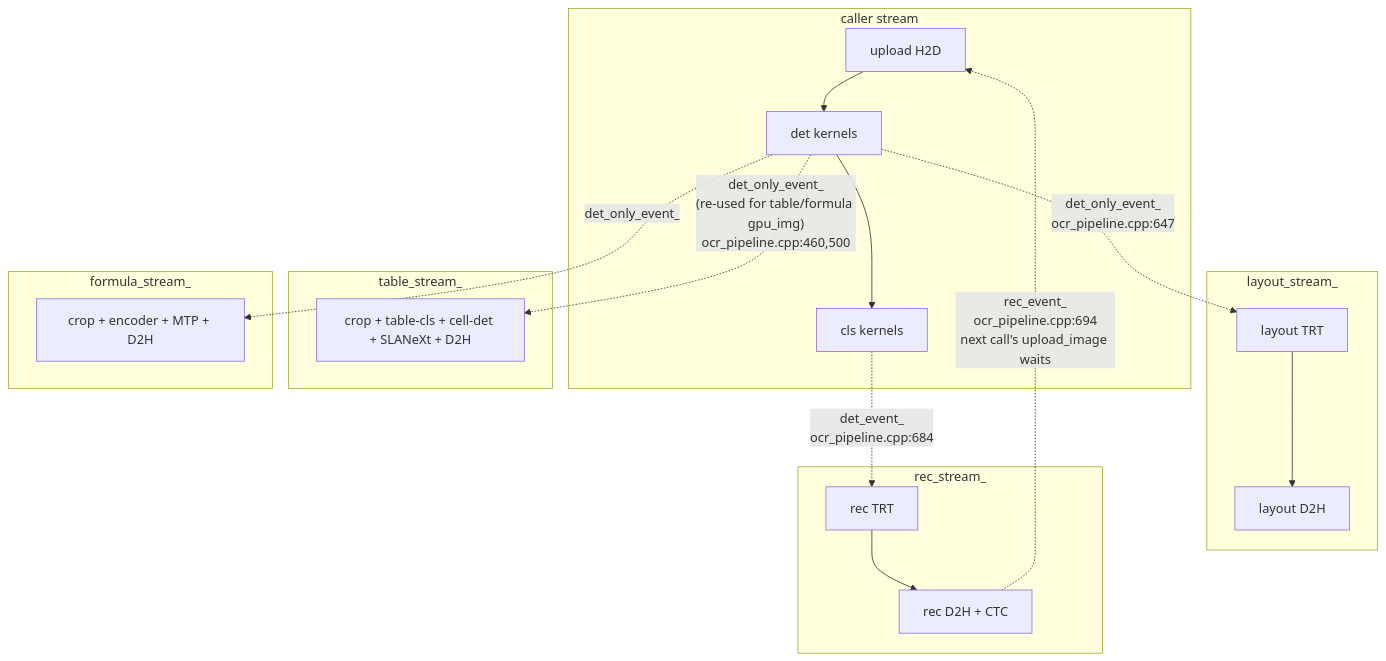
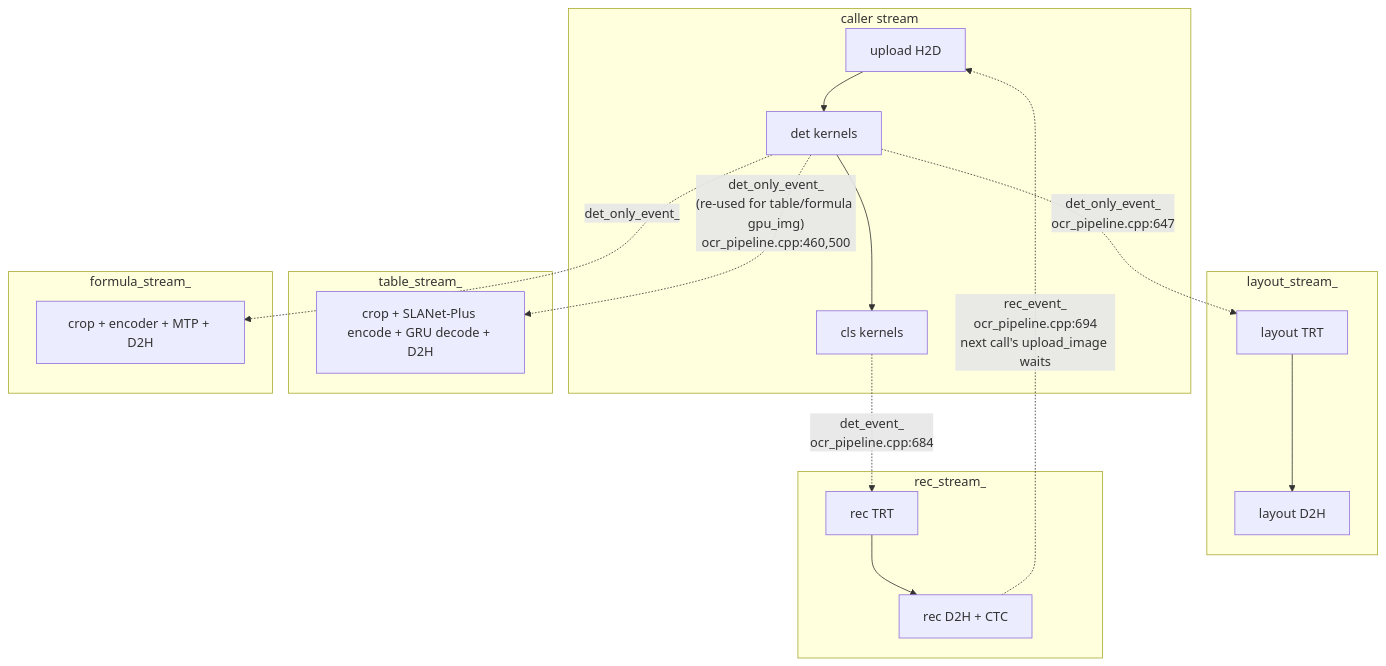
The first of 5 diagrams in docs/architecture/cuda-streams.md (CrazyForks/TurboOCR), drawn with Mermaid before and after one commit. The commit also changed other lines of this file and 5 other files, not shown here.

````diff
--- a/docs/architecture/cuda-streams.md
+++ b/docs/architecture/cuda-streams.md
@@ -32,29 +32,29 @@
 ```mermaid
 flowchart TD
   subgraph caller_lane["caller stream"]
     Up[upload H2D] --> DetK[det kernels] --> ClsK[cls kernels]
   end
 
   subgraph layout_lane["layout_stream_"]
     LK[layout TRT] --> LD[layout D2H]
   end
 
   subgraph rec_lane["rec_stream_"]
     RK[rec TRT] --> RD[rec D2H + CTC]
   end
 
   subgraph table_lane["table_stream_"]
-    TK[crop + table-cls + cell-det + SLANeXt + D2H]
+    TK[crop + SLANet-Plus encode + GRU decode + D2H]
   end
 
   subgraph formula_lane["formula_stream_"]
     FK[crop + encoder + MTP + D2H]
   end
 
   DetK -. "det_only_event_<br/>ocr_pipeline.cpp:647" .-> LK
   ClsK -. "det_event_<br/>ocr_pipeline.cpp:684" .-> RK
   DetK -. "det_only_event_<br/>(re-used for table/formula gpu_img)<br/>ocr_pipeline.cpp:460,500" .-> TK
   DetK -. "det_only_event_" .-> FK
 
   RD -. "rec_event_<br/>ocr_pipeline.cpp:694<br/>next call's upload_image waits" .-> Up
 ```
````
